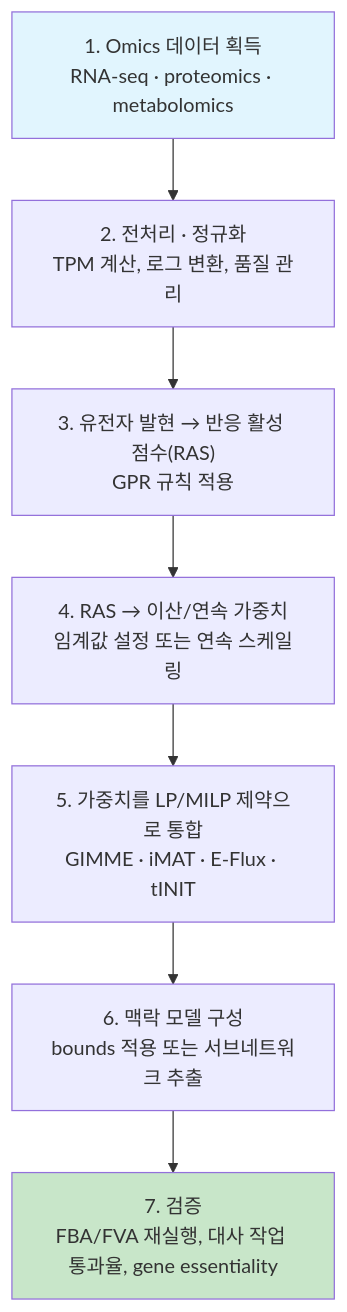
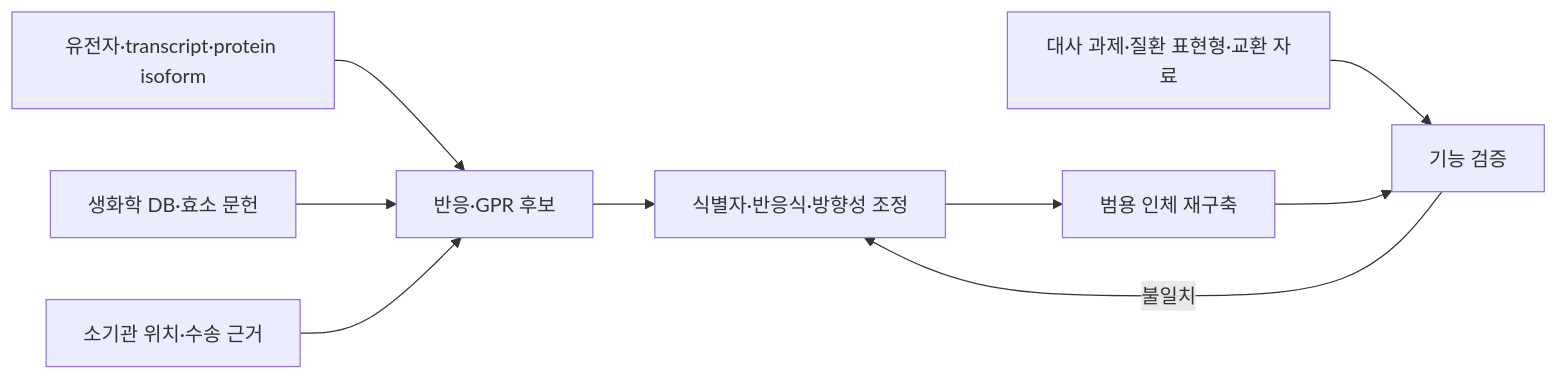
The diagram in chapter-6/01.md (jyryu3161/ebook_metabolic_modeling), drawn with Mermaid before and after one commit. The commit also changed other lines of this file and 370 other files, not shown here.

````diff
--- a/chapter-6/01.md
+++ b/chapter-6/01.md
@@ -55,12 +26,11 @@
 ```mermaid
-flowchart TD
-    A["1. Omics 데이터 획득<br/>RNA-seq · proteomics · metabolomics"] --> B["2. 전처리 · 정규화<br/>TPM 계산, 로그 변환, 품질 관리"]
-    B --> C["3. 유전자 발현 → 반응 활성 점수(RAS)<br/>GPR 규칙 적용"]
-    C --> D["4. RAS → 이산/연속 가중치<br/>임계값 설정 또는 연속 스케일링"]
-    D --> E["5. 가중치를 LP/MILP 제약으로 통합<br/>GIMME · iMAT · E-Flux · tINIT"]
-    E --> F["6. 맥락 모델 구성<br/>bounds 적용 또는 서브네트워크 추출"]
-    F --> G["7. 검증<br/>FBA/FVA 재실행, 대사 작업 통과율, gene essentiality"]
-
-    style A fill:#e1f5fe
-    style G fill:#c8e6c9
+flowchart LR
+    G["유전자·transcript·protein isoform"] --> R["반응·GPR 후보"]
+    B["생화학 DB·효소 문헌"] --> R
+    L["소기관 위치·수송 근거"] --> R
+    R --> C["식별자·반응식·방향성 조정"]
+    C --> H["범용 인체 재구축"]
+    P["대사 과제·질환 표현형·교환 자료"] --> V["기능 검증"]
+    H --> V
+    V -->|불일치| C
 ```
````
